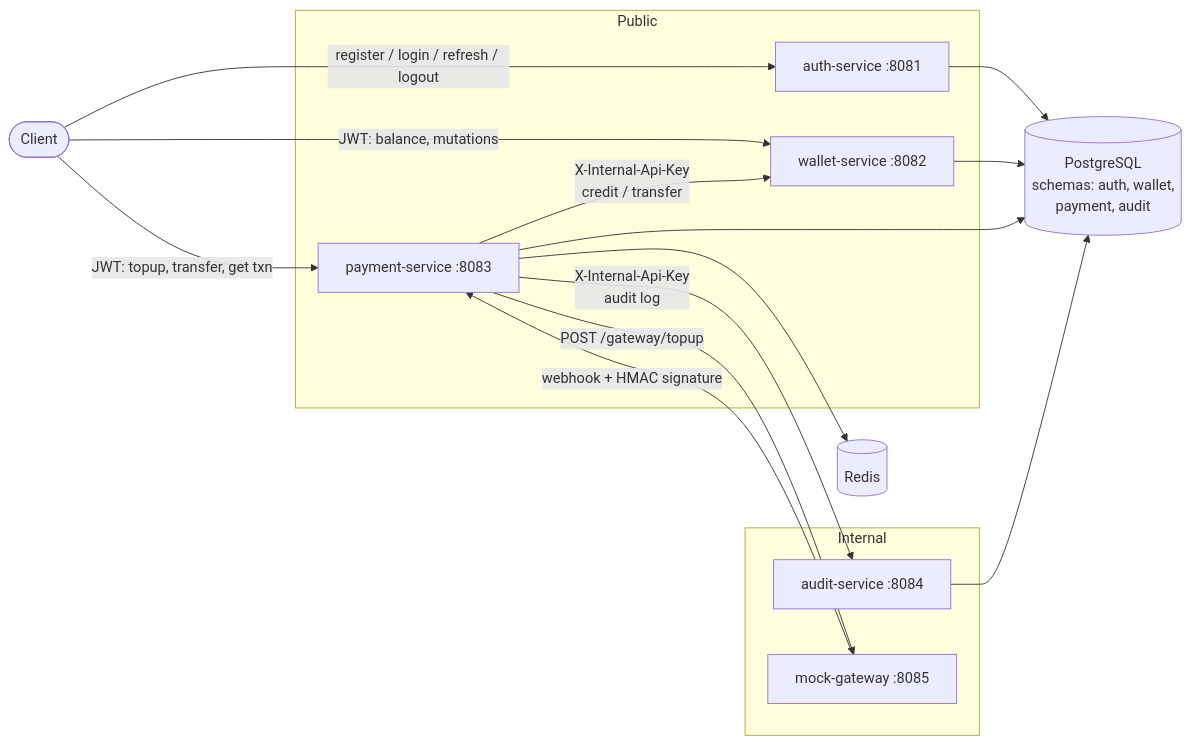
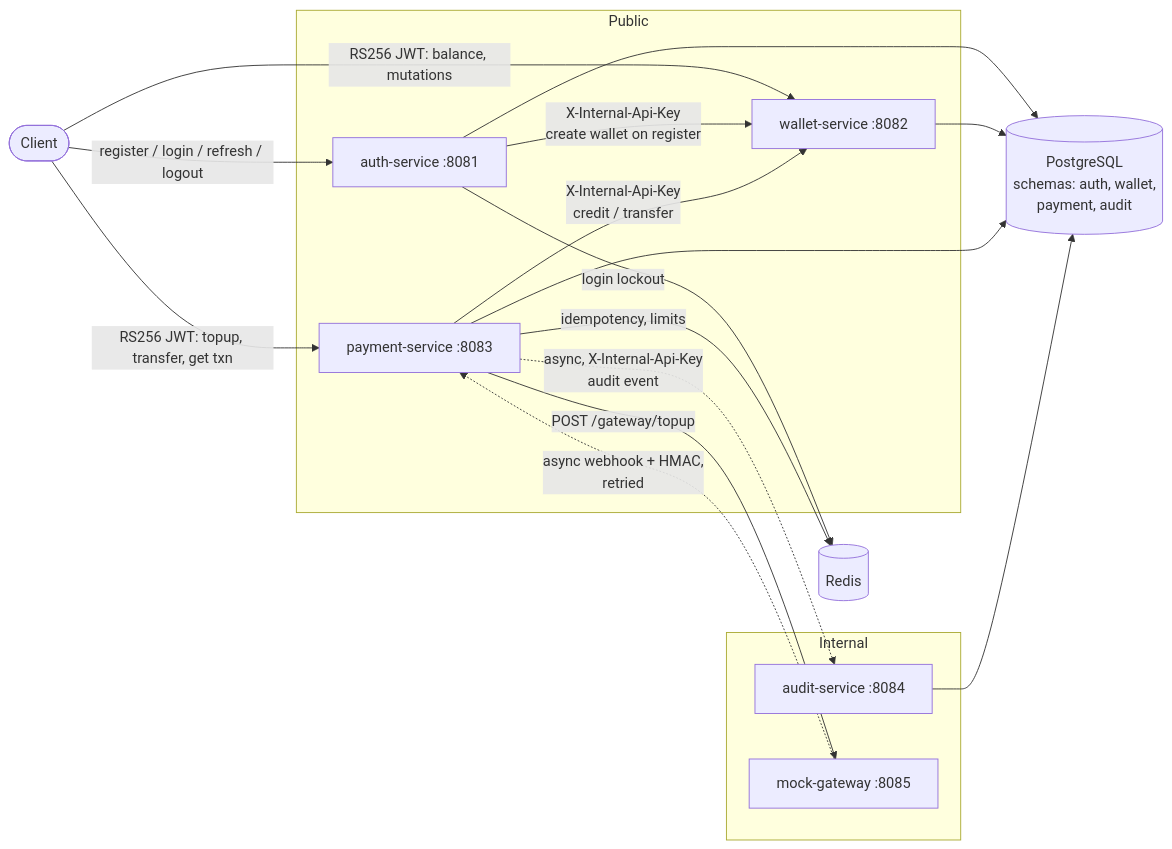
Before and after one commit to lukmnh/monorepo-wallet: the first of 5 diagrams in architecture.md, drawn with Mermaid. The commit also changed other lines of this file and 71 other files, not shown here.

Commit message:
fix : harden payment flows, auth security and service reliability

````diff
--- a/architecture.md
+++ b/architecture.md
@@ -55,33 +59,35 @@
 ```mermaid
 flowchart LR
     Client([Client])
 
     subgraph Public
         AUTH[auth-service :8081]
         WAL[wallet-service :8082]
         PAY[payment-service :8083]
     end
 
     subgraph Internal
         AUD[audit-service :8084]
         GW[mock-gateway :8085]
     end
 
     PG[(PostgreSQL<br/>schemas: auth, wallet,<br/>payment, audit)]
     RD[(Redis)]
 
     Client -->|register / login / refresh / logout| AUTH
-    Client -->|JWT: balance, mutations| WAL
-    Client -->|JWT: topup, transfer, get txn| PAY
+    Client -->|RS256 JWT: balance, mutations| WAL
+    Client -->|RS256 JWT: topup, transfer, get txn| PAY
 
+    AUTH -->|X-Internal-Api-Key<br/>create wallet on register| WAL
     PAY -->|X-Internal-Api-Key<br/>credit / transfer| WAL
-    PAY -->|X-Internal-Api-Key<br/>audit log| AUD
+    PAY -.->|async, X-Internal-Api-Key<br/>audit event| AUD
     PAY -->|POST /gateway/topup| GW
-    GW -->|webhook + HMAC signature| PAY
+    GW -.->|async webhook + HMAC,<br/>retried| PAY
 
     AUTH --> PG
+    AUTH -->|login lockout| RD
     WAL --> PG
     PAY --> PG
+    PAY -->|idempotency, limits| RD
     AUD --> PG
-    PAY --> RD
 ```
````
